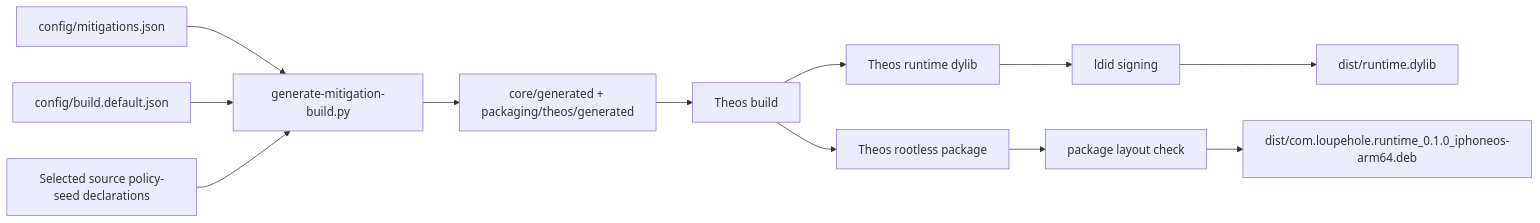
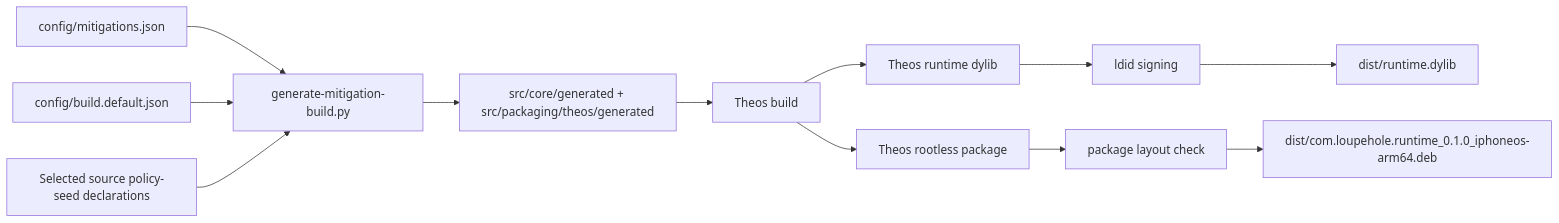
One commit to alecs297/loupehole changed the diagram in docs/development/build-environment.md. Above: the diagram before and after it, drawn with Mermaid. The commit also changed other lines of this file and 104 other files, not shown here.

````diff
--- a/docs/development/build-environment.md
+++ b/docs/development/build-environment.md
@@ -21,14 +21,14 @@
 ```mermaid
 flowchart LR
     Catalog[config/mitigations.json] --> Gen[generate-mitigation-build.py]
     Selection[config/build.default.json] --> Gen
     Sources[Selected source policy-seed declarations] --> Gen
-    Gen --> Generated[core/generated + packaging/theos/generated]
+    Gen --> Generated["src/core/generated + src/packaging/theos/generated"]
     Generated --> Theos[Theos build]
     Theos --> Dylib[Theos runtime dylib]
     Dylib --> Sign[ldid signing]
     Sign --> DistDylib[dist/runtime.dylib]
     Theos --> Package[Theos rootless package]
     Package --> Check[package layout check]
     Check --> DistDeb[dist/com.loupehole.runtime_0.1.0_iphoneos-arm64.deb]
 ```
````
